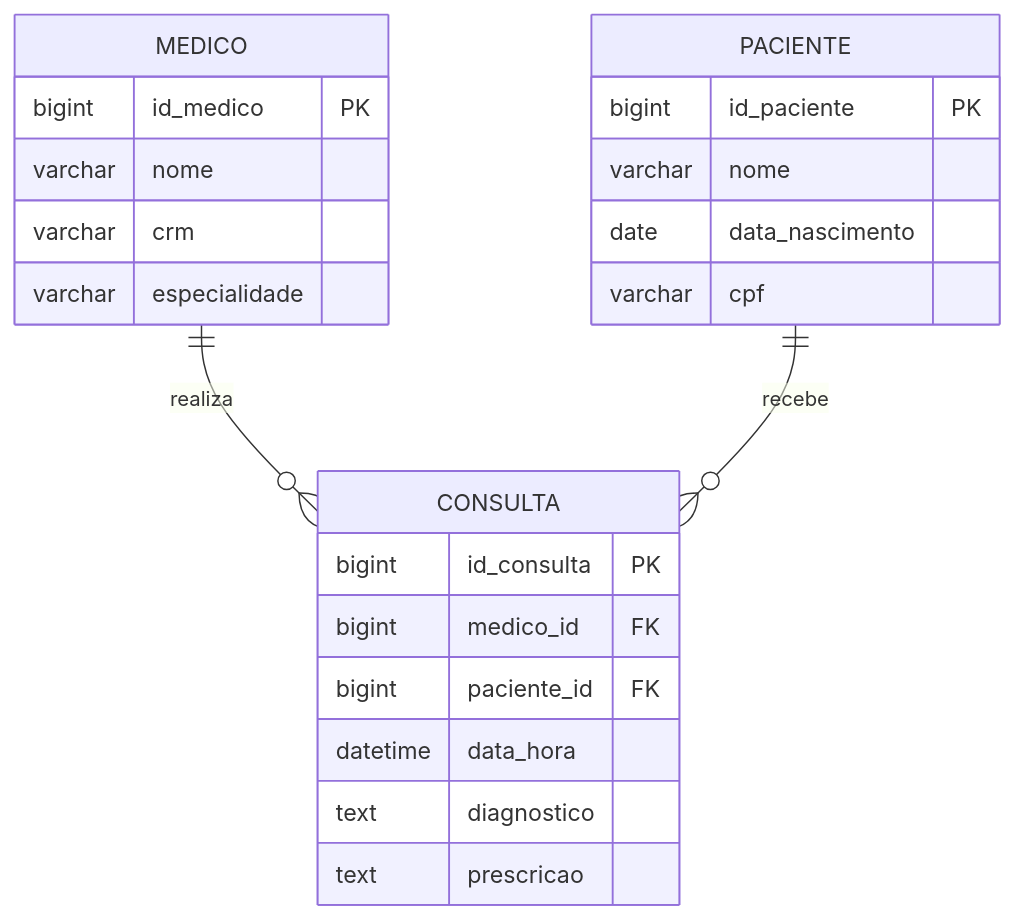
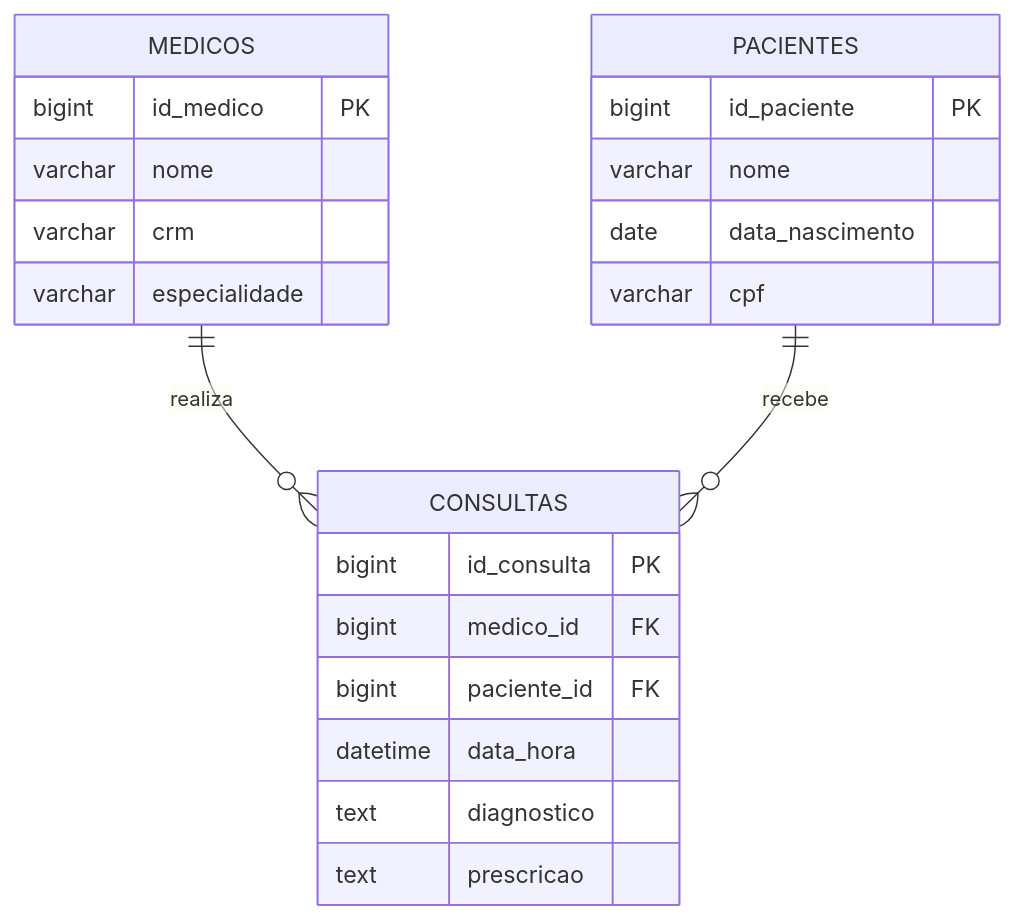
One commit to DSM-Fatec-Jahu/Banco-de-Dados-Relacional-IBD015 changed the ninth of 12 diagrams in aulas/Cardinalidade_MER_Completo.md. Above: the diagram before and after it, drawn with Mermaid. The commit also changed other lines of this file and 1 other file, not shown here.

````diff
--- a/aulas/Cardinalidade_MER_Completo.md
+++ b/aulas/Cardinalidade_MER_Completo.md
@@ -412,28 +412,28 @@
 ```mermaid
 erDiagram
-    MEDICO {
+    MEDICOS {
         bigint id_medico PK
         varchar nome
         varchar crm
         varchar especialidade
     }
 
-    PACIENTE {
+    PACIENTES {
         bigint id_paciente PK
         varchar nome
         date data_nascimento
         varchar cpf
     }
 
-    CONSULTA {
+    CONSULTAS {
         bigint id_consulta PK
         bigint medico_id FK
         bigint paciente_id FK
         datetime data_hora
         text diagnostico
         text prescricao
     }
 
-    MEDICO ||--o{ CONSULTA : "realiza"
-    PACIENTE ||--o{ CONSULTA : "recebe"
+    MEDICOS ||--o{ CONSULTAS : "realiza"
+    PACIENTES ||--o{ CONSULTAS : "recebe"
 ```
````
